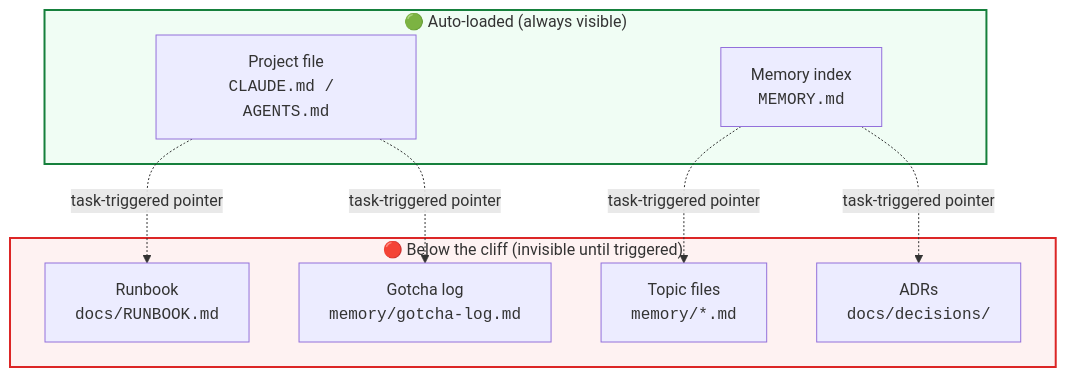
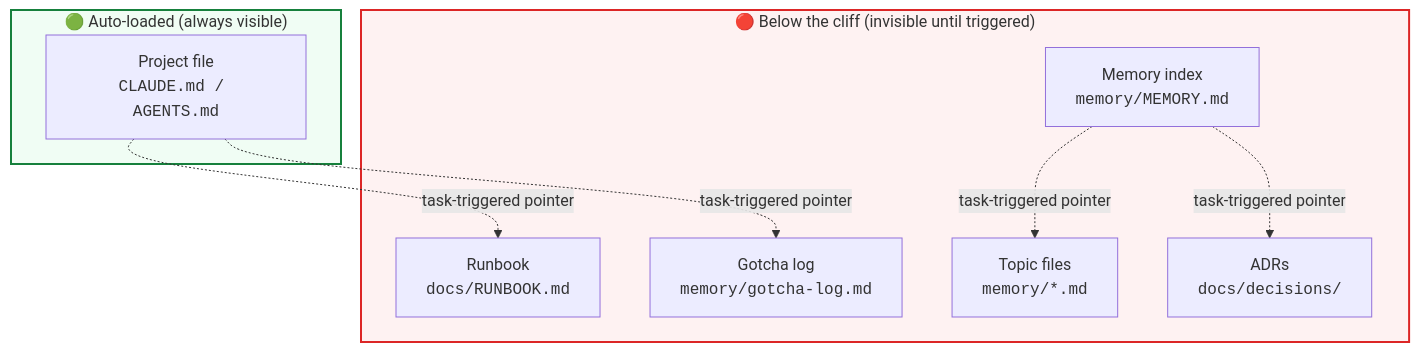
The first of 2 diagrams in docs/guide/01-the-cliff.md (ducroq/agent-ready-projects), drawn with Mermaid before and after one commit. The commit also changed 14 other files, not shown here.

````diff
--- a/docs/guide/01-the-cliff.md
+++ b/docs/guide/01-the-cliff.md
@@ -5,22 +5,22 @@
 ```mermaid
 graph TB
     subgraph above["🟢 Auto-loaded (always visible)"]
         PF["Project file<br/><code>CLAUDE.md / AGENTS.md</code>"]
-        MI["Memory index<br/><code>MEMORY.md</code>"]
     end
 
     subgraph below["🔴 Below the cliff (invisible until triggered)"]
+        MI["Memory index<br/><code>memory/MEMORY.md</code>"]
         RB["Runbook<br/><code>docs/RUNBOOK.md</code>"]
         TF["Topic files<br/><code>memory/*.md</code>"]
         GL["Gotcha log<br/><code>memory/gotcha-log.md</code>"]
         ADR["ADRs<br/><code>docs/decisions/</code>"]
     end
 
     PF -. "task-triggered pointer" .-> RB
     PF -. "task-triggered pointer" .-> GL
     MI -. "task-triggered pointer" .-> TF
     MI -. "task-triggered pointer" .-> ADR
 
     style above fill:#f0fdf4,stroke:#16803c,stroke-width:2px
     style below fill:#fef2f2,stroke:#dc2626,stroke-width:2px
 ```
````
